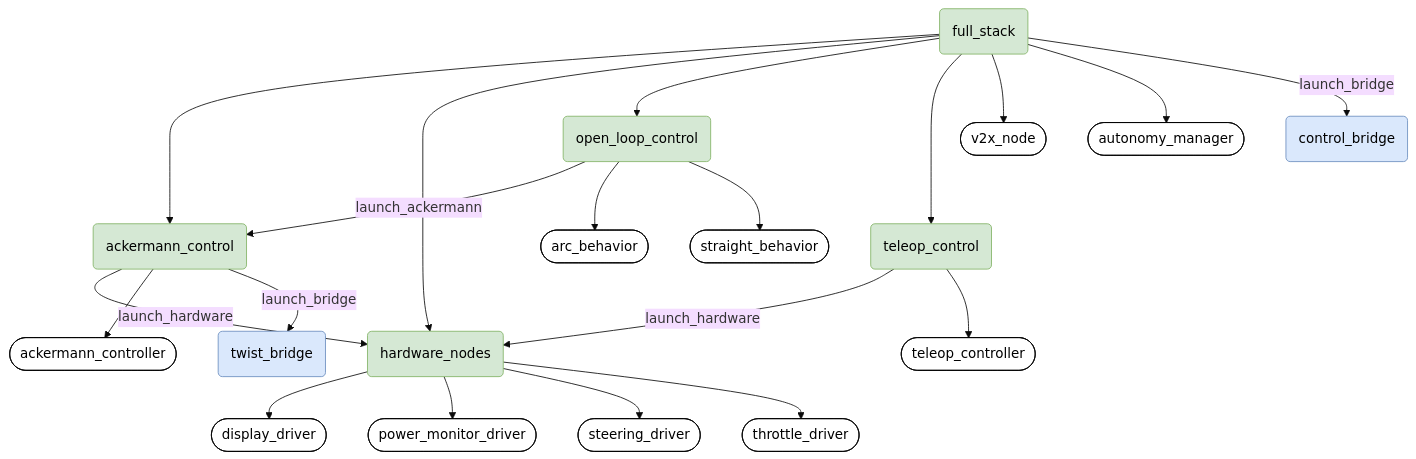
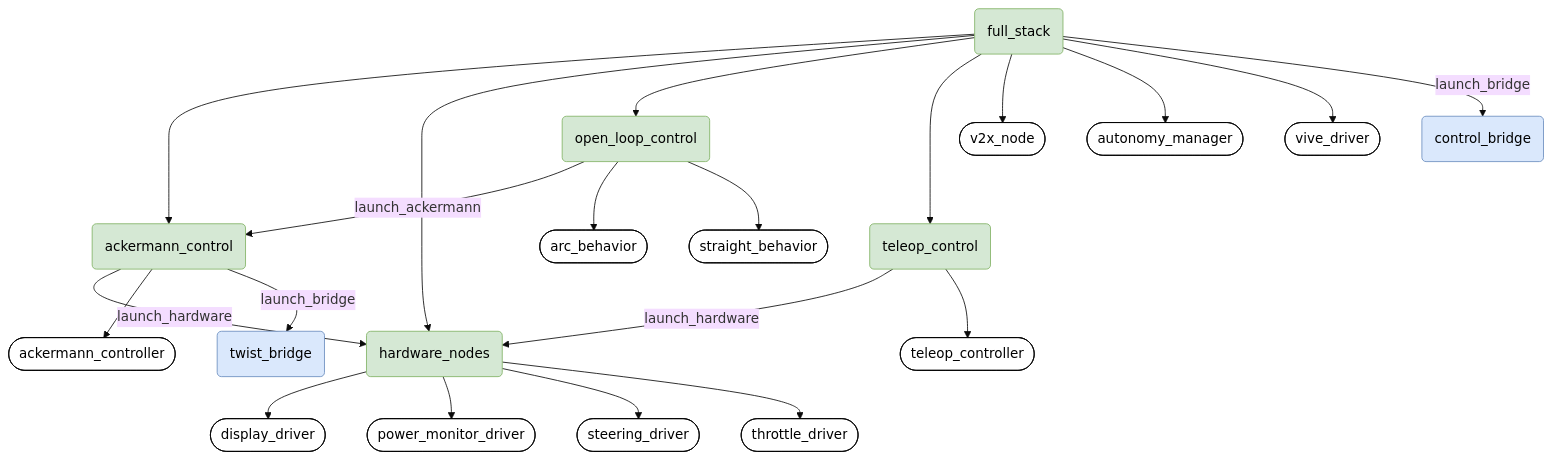
Before and after one commit to vcuopencity/piracer: the diagram in README.md, drawn with Mermaid (base theme). The commit also changed 4 other files, not shown here.

First line of the commit message:
Added new vive_driver node

````diff
--- a/README.md
+++ b/README.md
@@ -22,35 +22,36 @@
 ```mermaid
     flowchart TD
         full_stack(full_stack) --> ackermann_control(ackermann_control)
             ackermann_control -->|launch_hardware| hardware_nodes
             ackermann_control --> ackermann_controller([ackermann_controller])
             ackermann_control -->|launch_bridge| twist_bridge(twist_bridge)
         
         full_stack --> hardware_nodes(hardware_nodes)
             hardware_nodes --> display_driver([display_driver])
             hardware_nodes --> power_monitor_driver([power_monitor_driver])
             hardware_nodes --> steering_driver([steering_driver])
             hardware_nodes --> throttle_driver([throttle_driver])
         
         full_stack --> open_loop_control(open_loop_control)
             open_loop_control -->|launch_ackermann| ackermann_control
             open_loop_control --> arc_behavior([arc_behavior])
             open_loop_control --> straight_behavior([straight_behavior])
         
         full_stack --> teleop_control(teleop_control)
             teleop_control -->|launch_hardware|hardware_nodes
             teleop_control --> teleop_controller([teleop_controller])
         
         full_stack --> v2x_node([v2x_node])
         full_stack --> autonomy_manager([autonomy_manager])
+        full_stack --> vive_driver([vive_driver])
 
         full_stack -->|launch_bridge|control_bridge(control_bridge)
     
         classDef launch_file fill:#D5E8D4,stroke:#82B366,color:black;
         classDef bridge_launch_file fill:#DAE8FC,stroke:#6C8EBF,color:black;
         classDef nodes fill:#FFFFFF,stroke:#000000,color:black;
         
-        class display_driver,power_monitor_driver,steering_driver,throttle_driver,ackermann_controller,teleop_controller,arc_behavior,straight_behavior,v2x_node,autonomy_manager nodes;
+        class display_driver,power_monitor_driver,steering_driver,throttle_driver,ackermann_controller,teleop_controller,arc_behavior,straight_behavior,v2x_node,autonomy_manager,vive_driver nodes;
         class ackermann_control,hardware_nodes,open_loop_control,teleop_control,full_stack launch_file;
         class twist_bridge,control_bridge bridge_launch_file;
 ```
````
